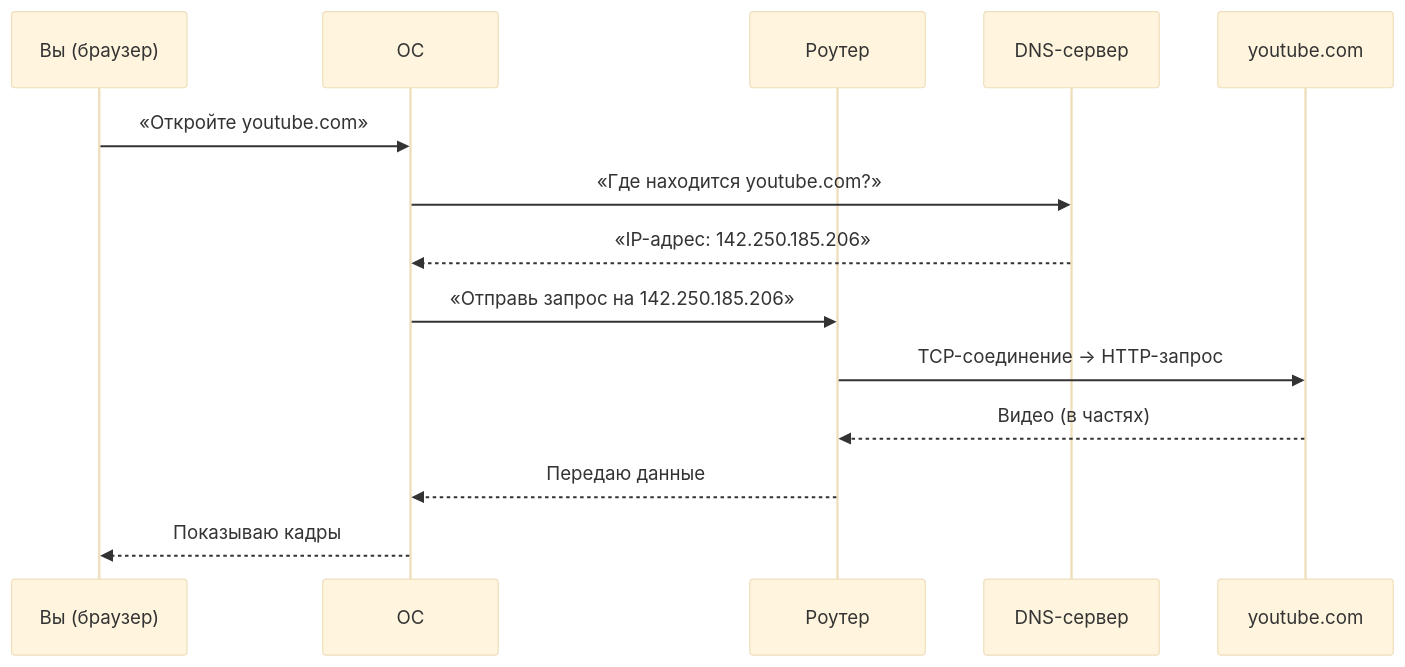
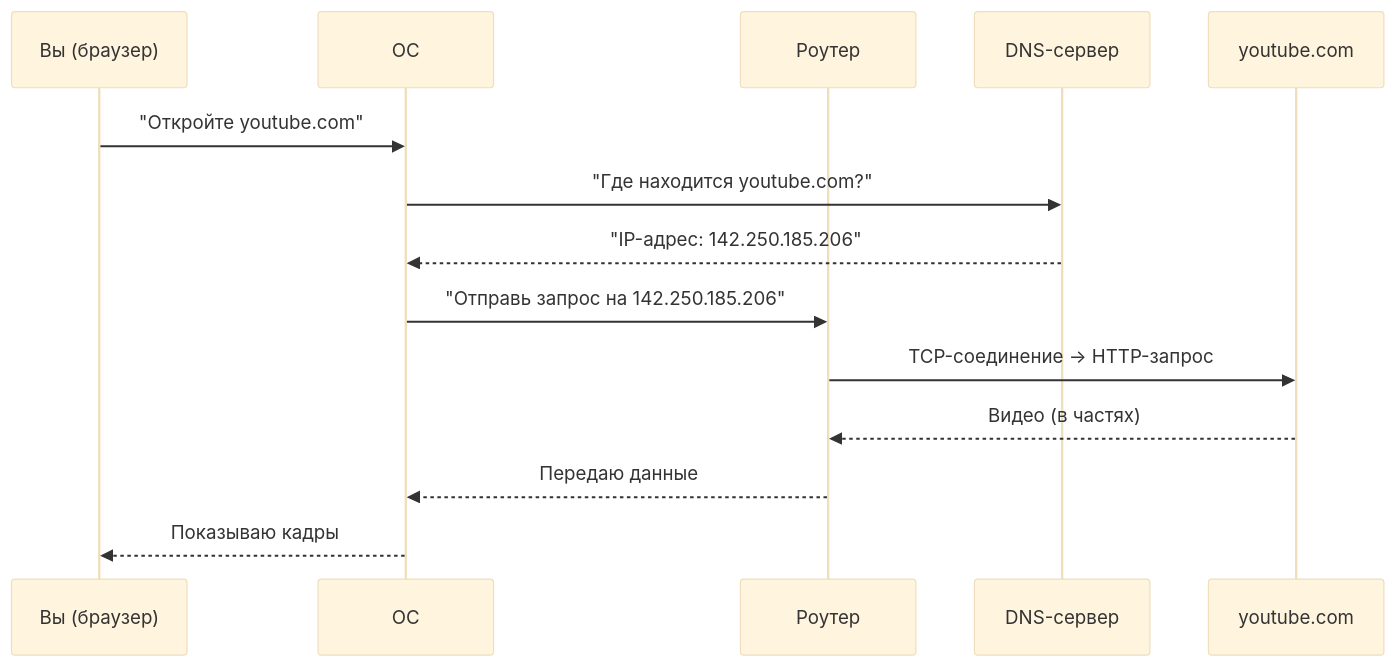
The third of 5 diagrams in docs/encyclopedia/9-spinoff/9-11-dlya-detey/1-computer/15.md (Spirzen/it-knowledge-base), drawn with Mermaid (base theme) before and after one commit. The commit also changed other lines of this file and 2003 other files, not shown here.

````diff
--- a/docs/encyclopedia/9-spinoff/9-11-dlya-detey/1-computer/15.md
+++ b/docs/encyclopedia/9-spinoff/9-11-dlya-detey/1-computer/15.md
@@ -527,17 +527,17 @@
 ```mermaid
 sequenceDiagram
     participant Вы as Вы (браузер)
     participant ОС as ОС
     participant Роутер as Роутер
     participant DNS as DNS-сервер
     participant Сервер as youtube.com
 
-    Вы->>ОС: «Откройте youtube.com»
-    ОС->>DNS: «Где находится youtube.com?»
-    DNS-->>ОС: «IP-адрес: 142.250.185.206»
-    ОС->>Роутер: «Отправь запрос на 142.250.185.206»
+    Вы->>ОС: "Откройте youtube.com"
+    ОС->>DNS: "Где находится youtube.com?"
+    DNS-->>ОС: "IP-адрес: 142.250.185.206"
+    ОС->>Роутер: "Отправь запрос на 142.250.185.206"
     Роутер->>Сервер: TCP-соединение → HTTP-запрос
     Сервер-->>Роутер: Видео (в частях)
     Роутер-->>ОС: Передаю данные
     ОС-->>Вы: Показываю кадры
 ```
````
